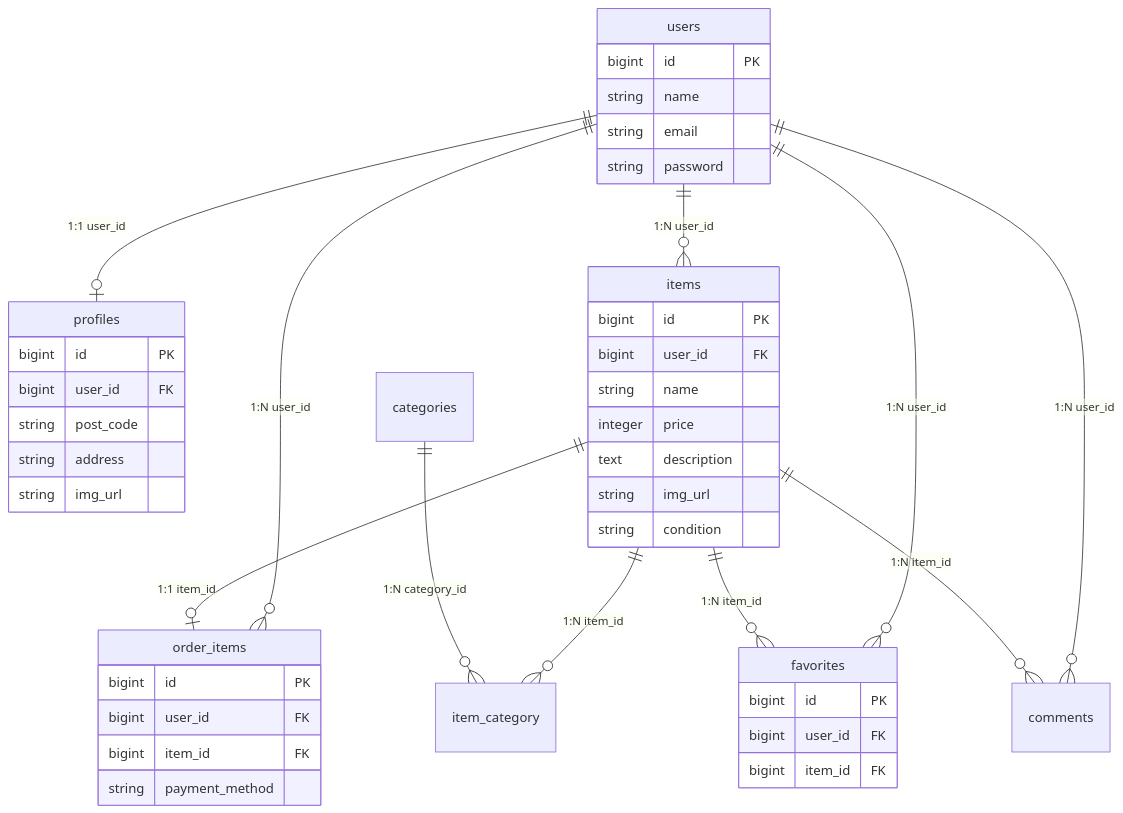
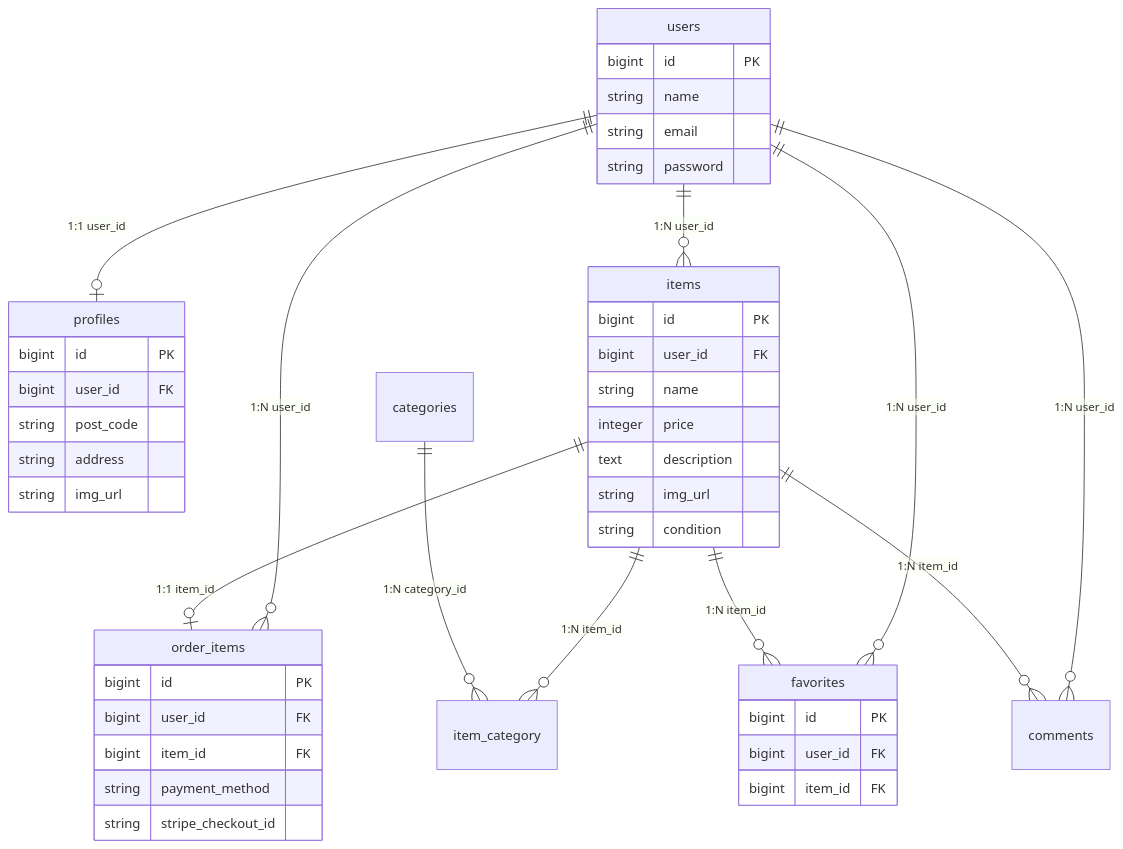
The diagram in README.md (take0409/coachtech-fleamarket), drawn with Mermaid before and after one commit. The commit also changed other lines of this file, not shown here.

Commit message:
Update README with Stripe payment details

````diff
--- a/README.md
+++ b/README.md
@@ -33,47 +27,48 @@
-``` mermaid
+```mermaid
 erDiagram
     users ||--o| profiles : "1:1 user_id"
     users ||--o{ items : "1:N user_id"
     users ||--o{ order_items : "1:N user_id"
     items ||--o| order_items : "1:1 item_id"
     items ||--o{ item_category : "1:N item_id"
     categories ||--o{ item_category : "1:N category_id"
     users ||--o{ favorites : "1:N user_id"
     items ||--o{ favorites : "1:N item_id"
     users ||--o{ comments : "1:N user_id"
     items ||--o{ comments : "1:N item_id"
 
     users {
         bigint id PK
         string name
         string email
         string password
     }
     items {
         bigint id PK
         bigint user_id FK
         string name
         integer price
         text description
         string img_url
         string condition
     }
     profiles {
         bigint id PK
         bigint user_id FK
         string post_code
         string address
         string img_url
     }
     favorites {
         bigint id PK
         bigint user_id FK
         bigint item_id FK
     }
     order_items {
         bigint id PK
         bigint user_id FK
         bigint item_id FK
         string payment_method
+        string stripe_checkout_id
     }
 ```
````
